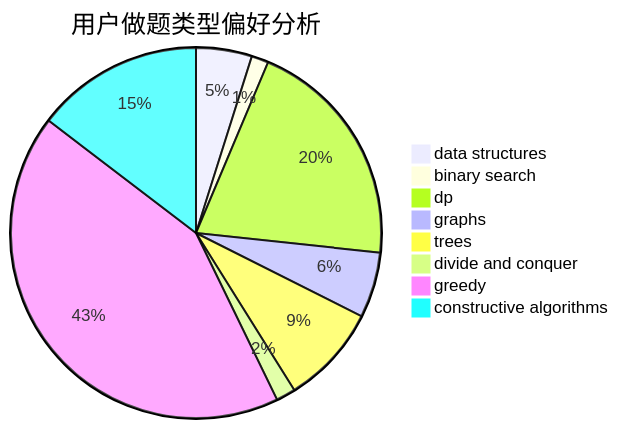
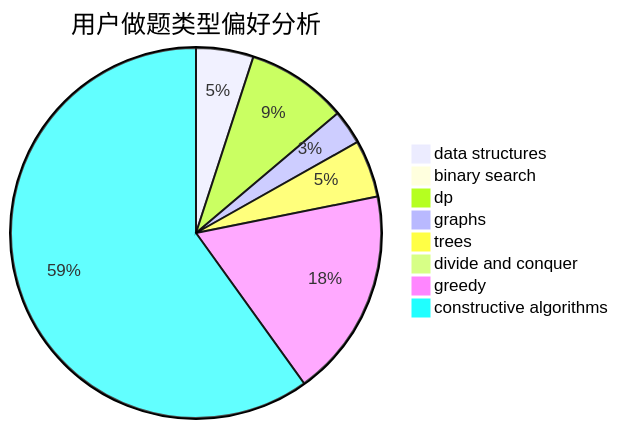
The second of 3 diagrams in docs/user/u1522.md (sherpahu/cfrs.github.io), drawn with Mermaid before and after one commit. The commit also changed other lines of this file and 2770 other files, not shown here.

````diff
--- a/docs/user/u1522.md
+++ b/docs/user/u1522.md
@@ -23,11 +23,11 @@
 ```mermaid
 pie title 用户做题类型偏好分析
-    "data structures" :  23
-    "binary search" :  7
-    "dp" :  96
-    "graphs" :  27
-    "trees" :  41
-    "divide and conquer" :  8
-    "greedy" :  201
-    "constructive algorithms" :  69
+    "data structures" :  25
+    "binary search" :  5
+    "dp" :  44
+    "graphs" :  15
+    "trees" :  25
+    "divide and conquer" :  0
+    "greedy" :  91
+    "constructive algorithms" :  299
 ```
````
